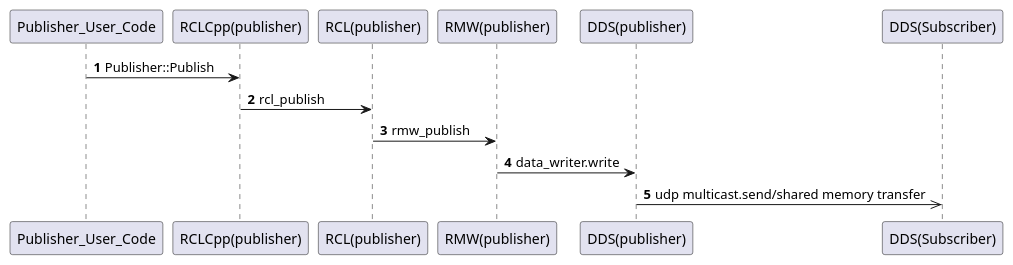
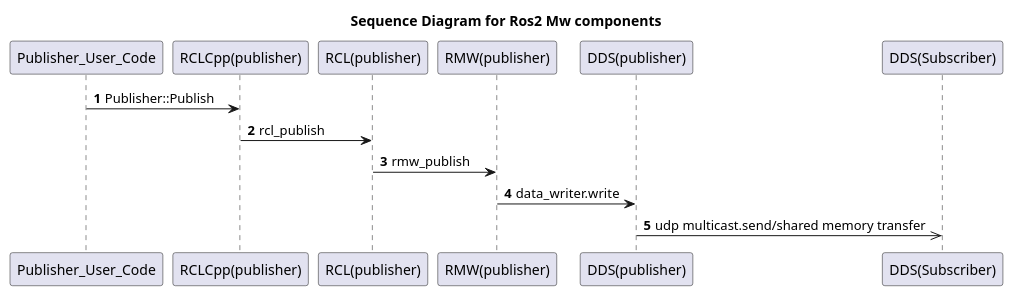
One commit to hkutluca/yazilimmimarileri changed the diagram in ROS2/Ros2Sequence.puml. Above: the diagram before and after it, drawn with PlantUML. The commit also changed 9 other files, not shown here.

```diff
--- a/ROS2/Ros2Sequence.puml
+++ b/ROS2/Ros2Sequence.puml
@@ -1,16 +1,17 @@
 @startuml
+title Sequence Diagram for Ros2 Mw components 
 participant Publisher_User_Code 
 participant "RCLCpp(publisher)" as rcpp_p
 participant "RCL(publisher)" as rcl_p 
 participant "RMW(publisher)" as rmw_p
 participant "DDS(publisher)" as dds_p
 participant "DDS(Subscriber)" as dds_s
 
 autonumber 
 Publisher_User_Code->rcpp_p: Publisher::Publish 
 rcpp_p->rcl_p: rcl_publish
 rcl_p->rmw_p: rmw_publish
 rmw_p->dds_p: data_writer.write
 dds_p->>dds_s: udp multicast.send/shared memory transfer
 
 @enduml
```
